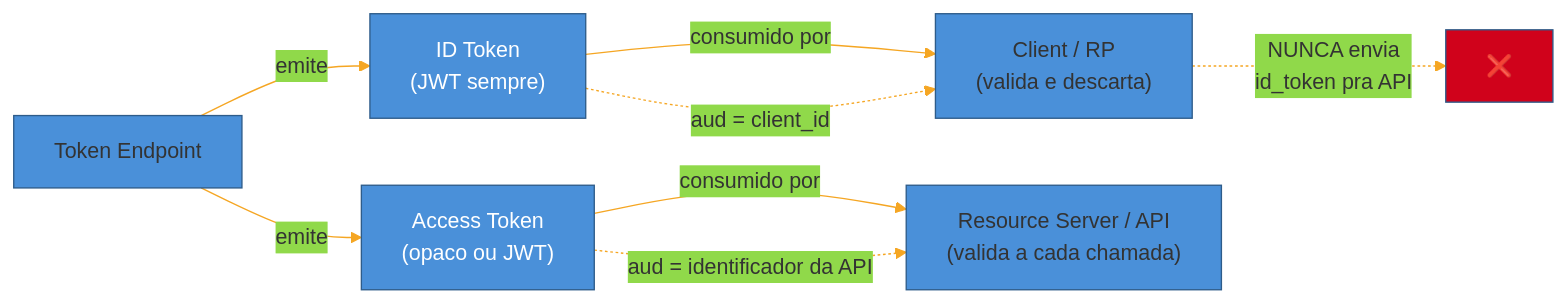
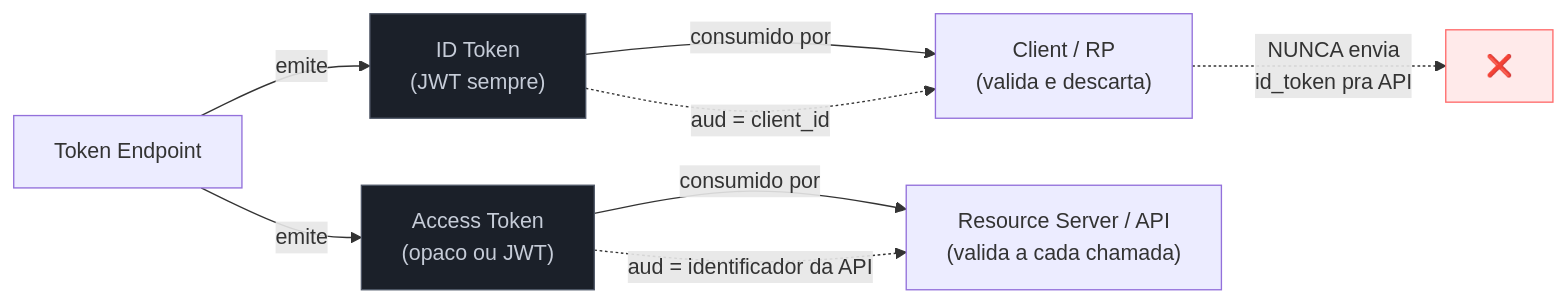
Before and after one commit to josenaldo/codex-technomanticus: the second of 3 diagrams in 03-Dominios/Engenharia/Auth e Identidade/2 - OAuth 2.1 e OpenID Connect/03 - OpenID Connect — identidade sobre OAuth.md, drawn with Mermaid. The commit also changed other lines of this file and 1181 other files, not shown here.

First line of the commit message:
fix(diagramas): paleta do sistema no lugar de cor cravada no markdown

````diff
--- a/03-Dominios/Engenharia/Auth e Identidade/2 - OAuth 2.1 e OpenID Connect/03 - OpenID Connect — identidade sobre OAuth.md
+++ b/03-Dominios/Engenharia/Auth e Identidade/2 - OAuth 2.1 e OpenID Connect/03 - OpenID Connect — identidade sobre OAuth.md
@@ -80,18 +79,19 @@
 ```mermaid
-%%{init: {"theme": "base", "themeVariables": {"primaryColor": "#4A90D9", "primaryBorderColor": "#2E5C8A", "lineColor": "#F5A623"}}}%%
 graph LR
+    classDef neutro fill:#1B2029,stroke:#4E5666,color:#C6CCD8
+    classDef falha fill:#FF6B6B24,stroke:#FF6B6B,color:#E9ECF2
     TE["Token Endpoint"] -->|"emite"| IDT["ID Token<br/>(JWT sempre)"]
     TE -->|"emite"| AT["Access Token<br/>(opaco ou JWT)"]
 
     IDT -->|"consumido por"| C["Client / RP<br/>(valida e descarta)"]
     AT -->|"consumido por"| RS["Resource Server / API<br/>(valida a cada chamada)"]
 
     IDT -.->|"aud = client_id"| C
     AT -.->|"aud = identificador da API"| RS
 
     C -.->|"NUNCA envia<br/>id_token pra API"| X["❌"]
 
-    style IDT fill:#4A90D9,color:#fff
-    style AT fill:#4A90D9,color:#fff
-    style X fill:#D0021B,color:#fff
+    class IDT neutro
+    class AT neutro
+    class X falha
 ```
````
